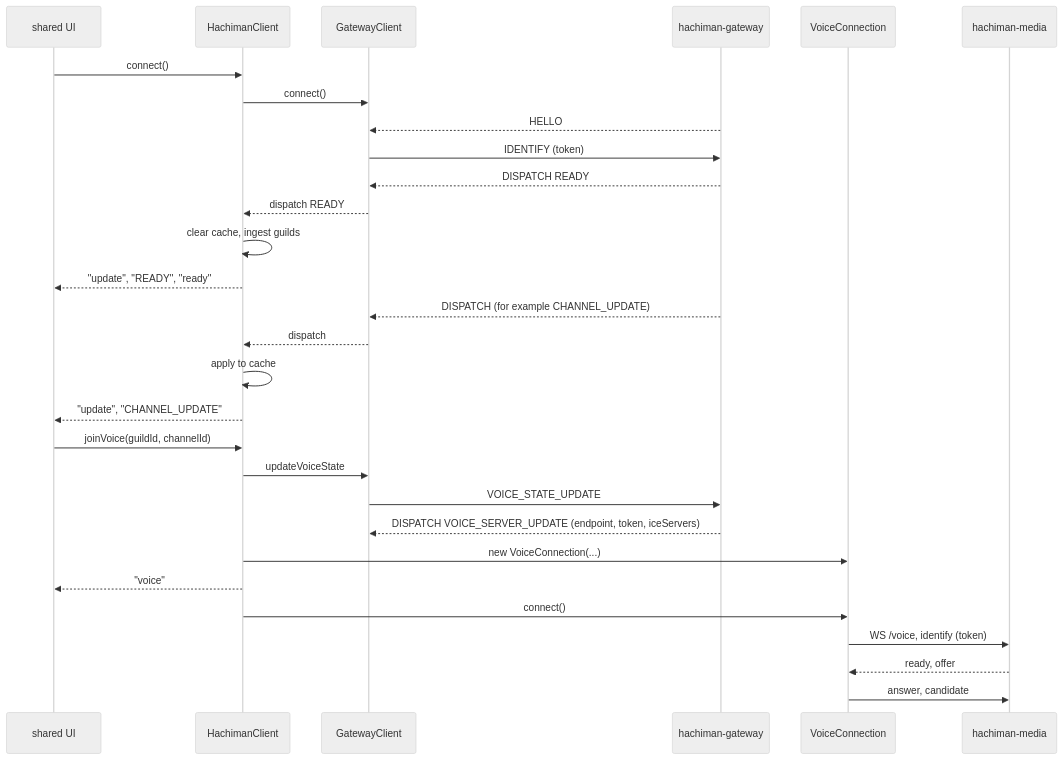
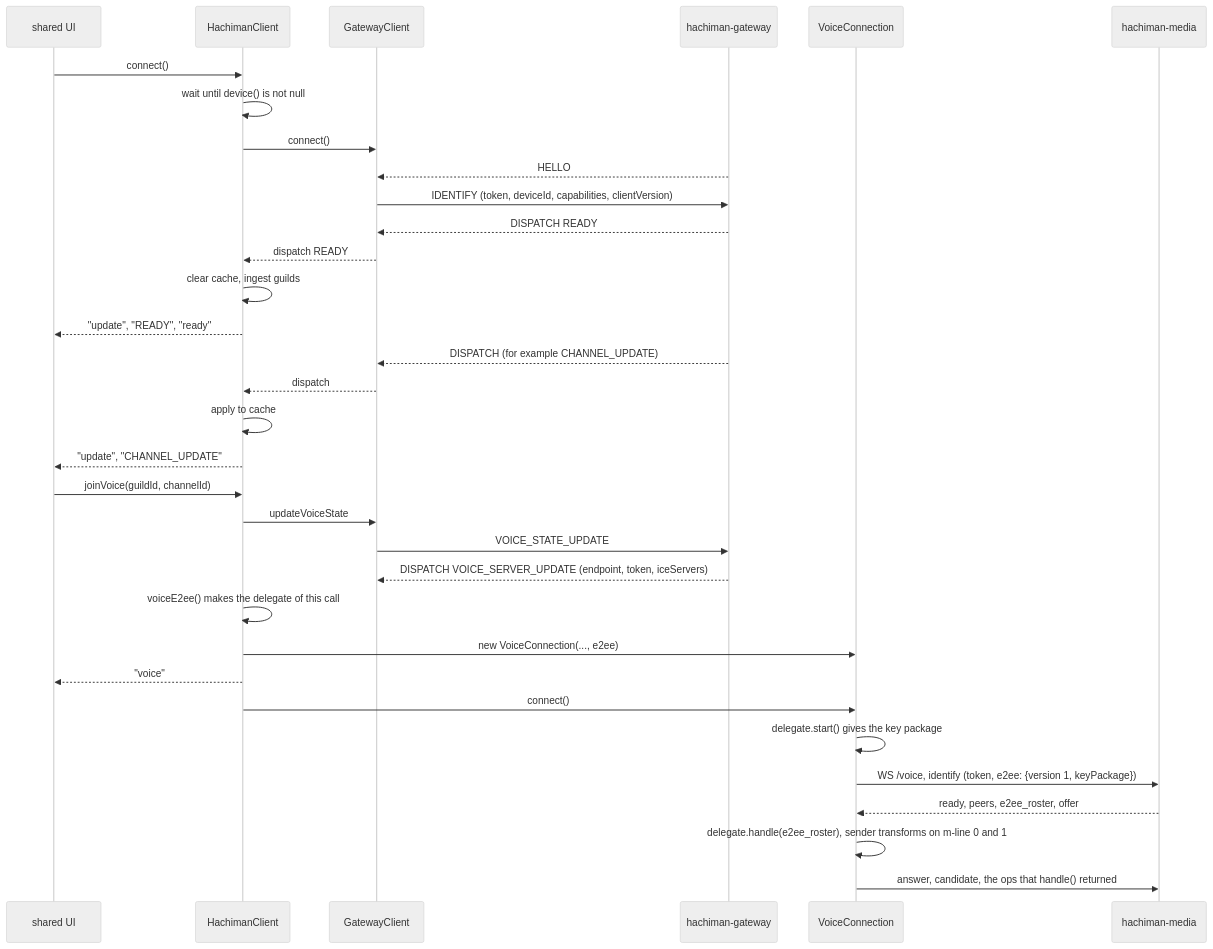
One commit to dan-hummelstad/hachiman changed the third of 3 diagrams in pkgs/hachiman-client/README.md. Above: the diagram before and after it, drawn with Mermaid (neutral theme). The commit also changed other lines of this file and 339 other files, not shown here.

Commit message:
feat(e2ee): implement crypto package, Takusen DS, gateway/media, client lib, UI and hosts

````diff
--- a/pkgs/hachiman-client/README.md
+++ b/pkgs/hachiman-client/README.md
@@ -80,32 +85,36 @@
 ```mermaid
 sequenceDiagram
   participant App as shared UI
   participant HC as HachimanClient
   participant GC as GatewayClient
   participant GW as hachiman-gateway
   participant VC as VoiceConnection
   participant MED as hachiman-media
 
   App->>HC: connect()
+  HC->>HC: wait until device() is not null
   HC->>GC: connect()
   GW-->>GC: HELLO
-  GC->>GW: IDENTIFY (token)
+  GC->>GW: IDENTIFY (token, deviceId, capabilities, clientVersion)
   GW-->>GC: DISPATCH READY
   GC-->>HC: dispatch READY
   HC->>HC: clear cache, ingest guilds
   HC-->>App: "update", "READY", "ready"
   GW-->>GC: DISPATCH (for example CHANNEL_UPDATE)
   GC-->>HC: dispatch
   HC->>HC: apply to cache
   HC-->>App: "update", "CHANNEL_UPDATE"
   App->>HC: joinVoice(guildId, channelId)
   HC->>GC: updateVoiceState
   GC->>GW: VOICE_STATE_UPDATE
   GW-->>GC: DISPATCH VOICE_SERVER_UPDATE (endpoint, token, iceServers)
-  HC->>VC: new VoiceConnection(...)
+  HC->>HC: voiceE2ee() makes the delegate of this call
+  HC->>VC: new VoiceConnection(..., e2ee)
   HC-->>App: "voice"
   HC->>VC: connect()
-  VC->>MED: WS /voice, identify (token)
-  MED-->>VC: ready, offer
-  VC->>MED: answer, candidate
+  VC->>VC: delegate.start() gives the key package
+  VC->>MED: WS /voice, identify (token, e2ee: {version 1, keyPackage})
+  MED-->>VC: ready, peers, e2ee_roster, offer
+  VC->>VC: delegate.handle(e2ee_roster), sender transforms on m-line 0 and 1
+  VC->>MED: answer, candidate, the ops that handle() returned
 ```
````
